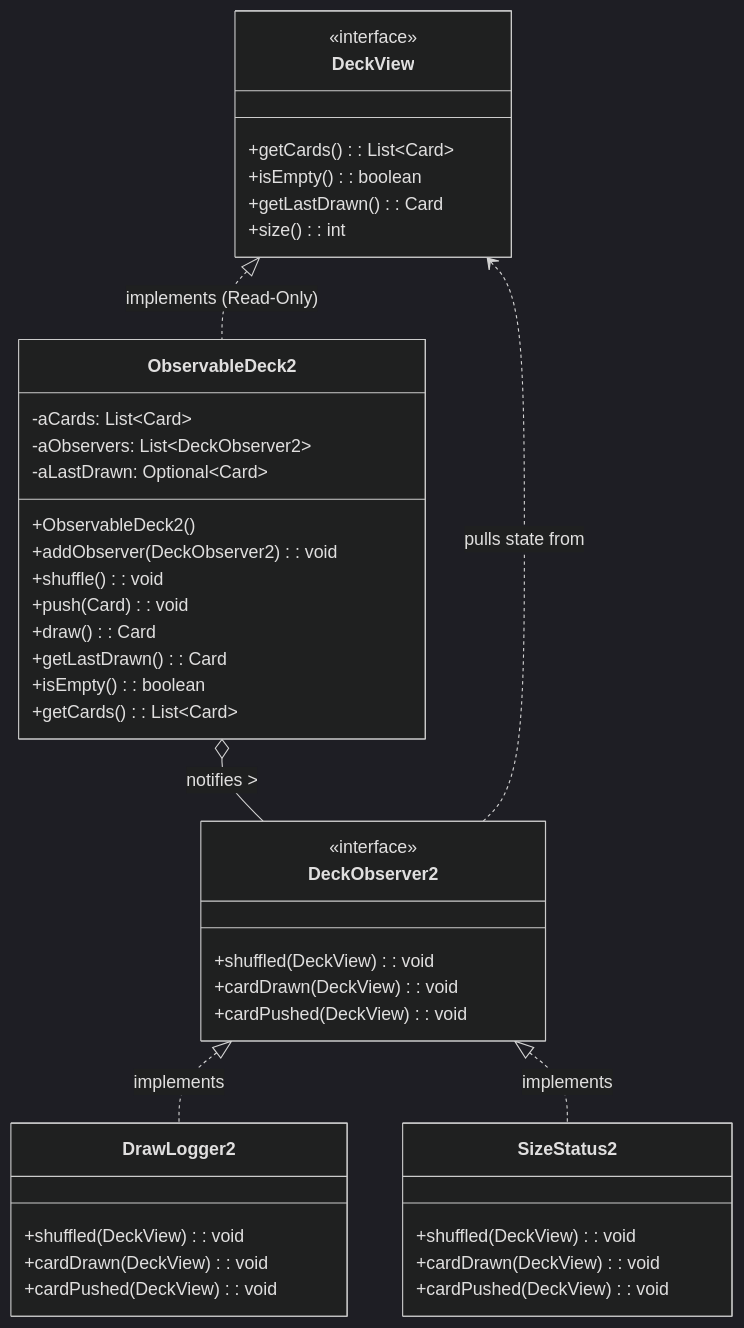
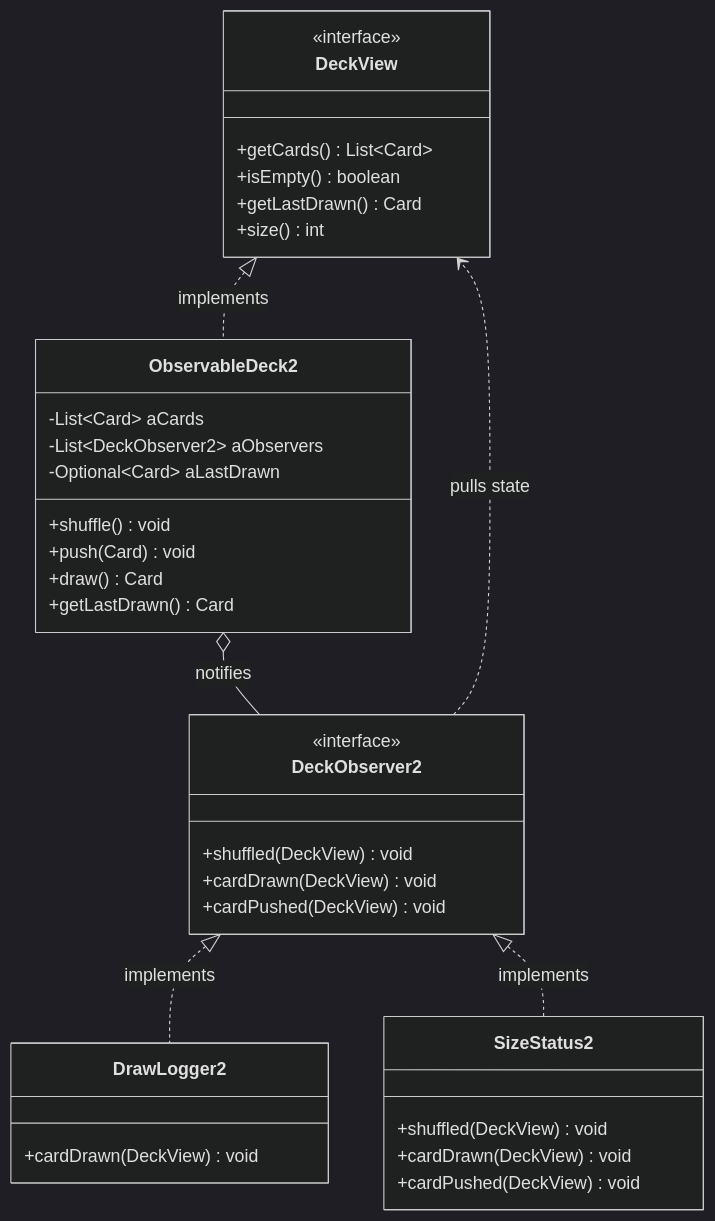
Before and after one commit to VanKhoiIT/Learn_SD: the second of 4 diagrams in post-class_10/README.md, drawn with Mermaid (dark theme). The commit also changed other lines of this file, not shown here.

````diff
--- a/post-class_10/README.md
+++ b/post-class_10/README.md
@@ -263,51 +103,39 @@
 ```mermaid
 classDiagram
     direction TB
-
     class DeckView {
         <<interface>>
-        +getCards(): List~Card~
-        +isEmpty(): boolean
-        +getLastDrawn(): Card
-        +size(): int
+        +getCards() List~Card~
+        +isEmpty() boolean
+        +getLastDrawn() Card
+        +size() int
     }
-
     class ObservableDeck2 {
-        -aCards: List~Card~
-        -aObservers: List~DeckObserver2~
-        -aLastDrawn: Optional~Card~
-        +ObservableDeck2()
-        +addObserver(DeckObserver2): void
-        +shuffle(): void
-        +push(Card): void
-        +draw(): Card
-        +getLastDrawn(): Card
-        +isEmpty(): boolean
-        +getCards(): List~Card~
+        -List~Card~ aCards
+        -List~DeckObserver2~ aObservers
+        -Optional~Card~ aLastDrawn
+        +shuffle() void
+        +push(Card) void
+        +draw() Card
+        +getLastDrawn() Card
     }
-
     class DeckObserver2 {
         <<interface>>
-        +shuffled(DeckView): void
-        +cardDrawn(DeckView): void
-        +cardPushed(DeckView): void
+        +shuffled(DeckView) void
+        +cardDrawn(DeckView) void
+        +cardPushed(DeckView) void
     }
-
     class DrawLogger2 {
-        +shuffled(DeckView): void
-        +cardDrawn(DeckView): void
-        +cardPushed(DeckView): void
+        +cardDrawn(DeckView) void
     }
-
     class SizeStatus2 {
-        +shuffled(DeckView): void
-        +cardDrawn(DeckView): void
-        +cardPushed(DeckView): void
+        +shuffled(DeckView) void
+        +cardDrawn(DeckView) void
+        +cardPushed(DeckView) void
     }
-
-    DeckView <|.. ObservableDeck2 : implements (Read-Only)
-    ObservableDeck2 o-- DeckObserver2 : notifies >
+    DeckView <|.. ObservableDeck2 : implements
+    ObservableDeck2 o-- DeckObserver2 : notifies
     DeckObserver2 <|.. DrawLogger2 : implements
     DeckObserver2 <|.. SizeStatus2 : implements
-    DeckObserver2 ..> DeckView : pulls state from
+    DeckObserver2 ..> DeckView : pulls state
 ```
````
